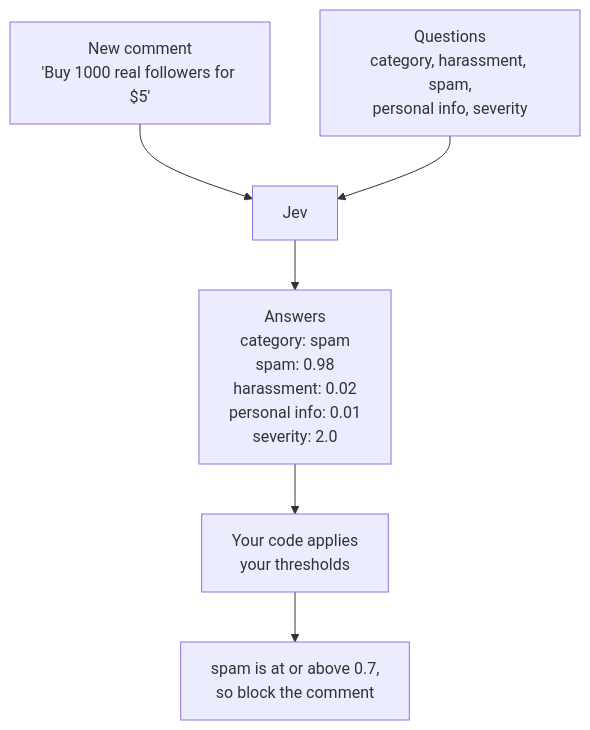
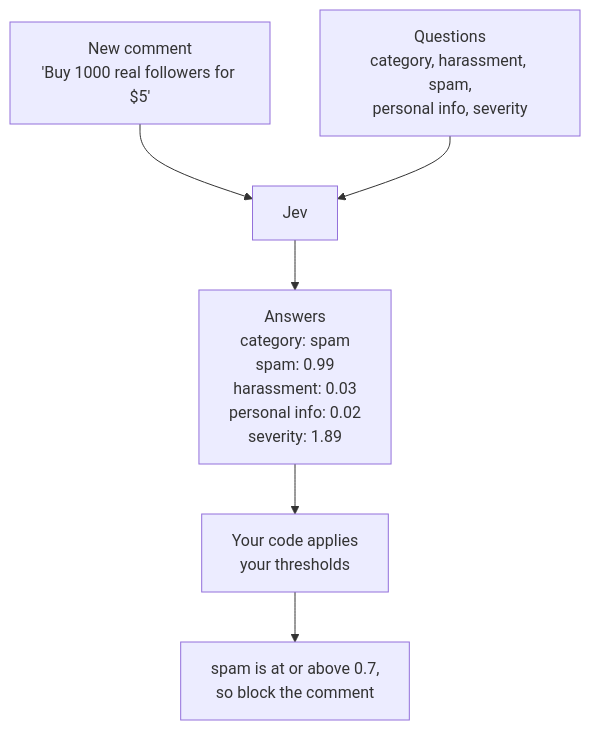
The diagram in content/guides/jev-content-moderation.md (neondatabase/website), drawn with Mermaid before and after one commit. The commit also changed other lines of this file, not shown here.

````diff
--- a/content/guides/jev-content-moderation.md
+++ b/content/guides/jev-content-moderation.md
@@ -40,8 +42,8 @@
 ```mermaid
 flowchart TB
     M["New comment<br/>'Buy 1000 real followers for $5'"] --> J["Jev"]
     Q["Questions<br/>category, harassment, spam,<br/>personal info, severity"] --> J
-    J --> A["Answers<br/>category: spam<br/>spam: 0.98<br/>harassment: 0.02<br/>personal info: 0.01<br/>severity: 2.0"]
+    J --> A["Answers<br/>category: spam<br/>spam: 0.99<br/>harassment: 0.03<br/>personal info: 0.02<br/>severity: 1.89"]
     A --> P["Your code applies<br/>your thresholds"]
     P --> D["spam is at or above 0.7,<br/>so block the comment"]
 ```
````
